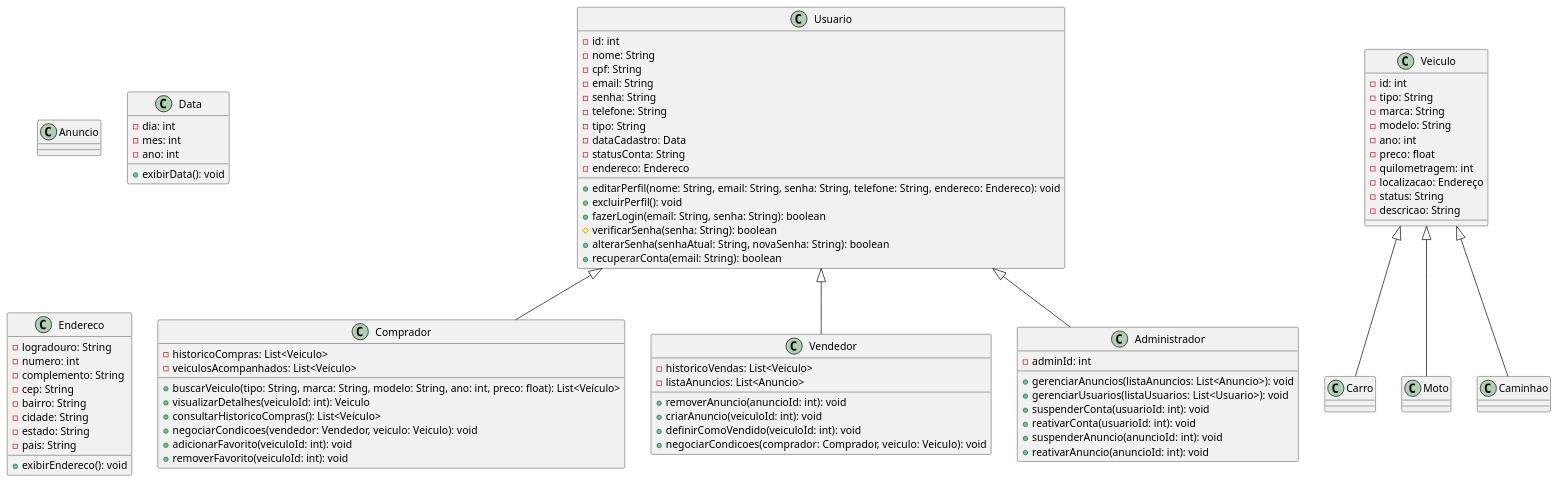
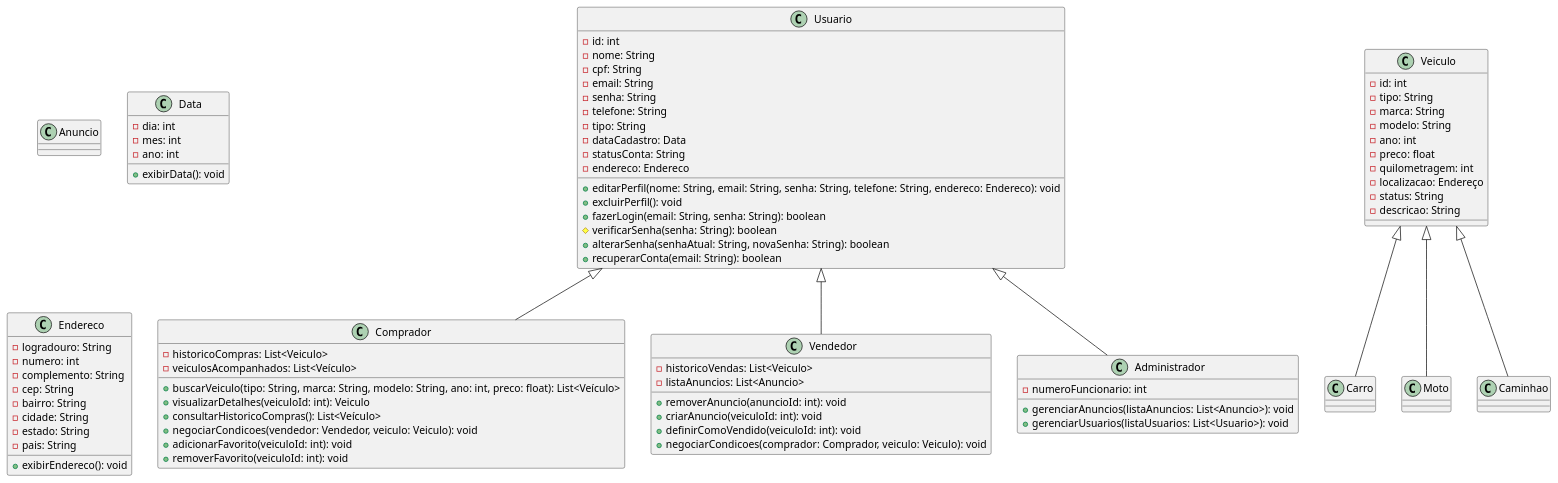
The diagram in classes.md (guilhermeoliveirateo/sistema-compra-venda-veiculos), drawn with PlantUML before and after one commit.

```diff
--- a/classes.md
+++ b/classes.md
@@ -53,14 +53,10 @@
 }
 
 class Administrador {
--adminId: int
+-numeroFuncionario: int
 
 +gerenciarAnuncios(listaAnuncios: List<Anuncio>): void
 +gerenciarUsuarios(listaUsuarios: List<Usuario>): void
-+suspenderConta(usuarioId: int): void
-+reativarConta(usuarioId: int): void
-+suspenderAnuncio(anuncioId: int): void
-+reativarAnuncio(anuncioId: int): void
 }
 
 Usuario <|-- Comprador
```
